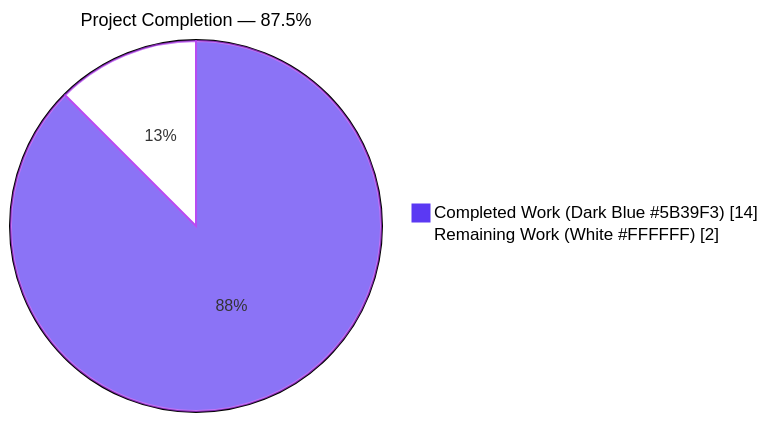
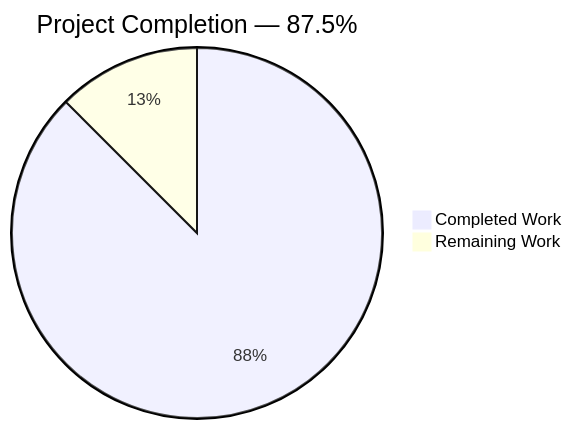
Before and after one commit to shaliniblitzy/20April_-: the first of 4 diagrams in blitzy/documentation/Project Guide.md, drawn with Mermaid. The commit also changed other lines of this file, not shown here.

Commit message:
Adding Blitzy Project Guide: Project Status and Human Tasks Remaining

````diff
--- a/blitzy/documentation/Project Guide.md
+++ b/blitzy/documentation/Project Guide.md
@@ -19,7 +11,5 @@
 ```mermaid
-%%{init: {"pie": {"textPosition": 0.5}, "themeVariables": {"pieOuterStrokeWidth": "2px", "pie1": "#5B39F3", "pie2": "#FFFFFF", "pieStrokeColor": "#B23AF2", "pieTitleTextSize": "18px", "pieSectionTextSize": "16px"}}}%%
-pie showData
-    title Project Completion — 87.5%
-    "Completed Work (Dark Blue #5B39F3)" : 14
-    "Remaining Work (White #FFFFFF)" : 2
+pie title Project Completion — 87.5%
+    "Completed Work" : 7
+    "Remaining Work" : 1
 ```
````
